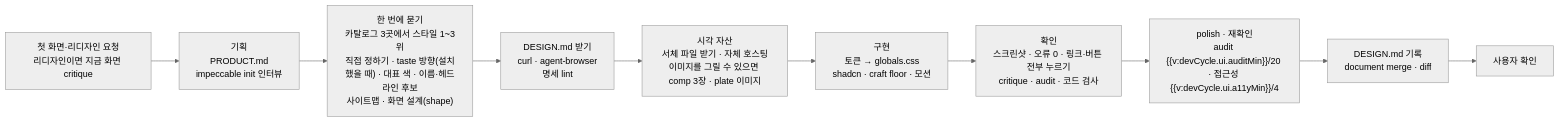
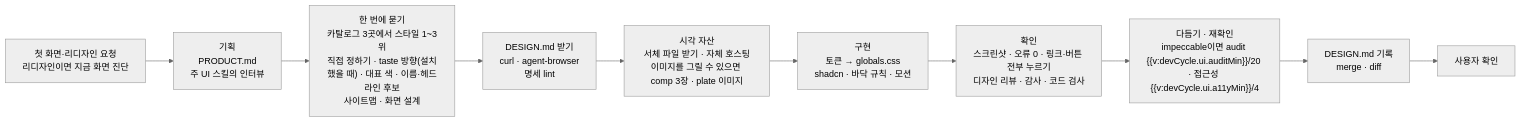
The diagram in docs/blocks/ui-flow-diagram.md (roadkwon-ai/pro-kit), drawn with Mermaid (neutral theme) before and after one commit. The commit also changed 129 other files, not shown here.

````diff
--- a/docs/blocks/ui-flow-diagram.md
+++ b/docs/blocks/ui-flow-diagram.md
@@ -2,12 +2,12 @@
 ```mermaid
 flowchart LR
-  R["첫 화면·리디자인 요청<br/>리디자인이면 지금 화면 critique"] --> I["기획<br/>PRODUCT.md<br/>impeccable init 인터뷰"]
-  I --> Q["한 번에 묻기<br/>카탈로그 3곳에서 스타일 1~3위<br/>직접 정하기 · taste 방향(설치했을 때) · 대표 색 · 이름·헤드라인 후보<br/>사이트맵 · 화면 설계(shape)"]
+  R["첫 화면·리디자인 요청<br/>리디자인이면 지금 화면 진단"] --> I["기획<br/>PRODUCT.md<br/>주 UI 스킬의 인터뷰"]
+  I --> Q["한 번에 묻기<br/>카탈로그 3곳에서 스타일 1~3위<br/>직접 정하기 · taste 방향(설치했을 때) · 대표 색 · 이름·헤드라인 후보<br/>사이트맵 · 화면 설계"]
   Q --> D["DESIGN.md 받기<br/>curl · agent-browser<br/>명세 lint"]
   D --> A["시각 자산<br/>서체 파일 받기 · 자체 호스팅<br/>이미지를 그릴 수 있으면 comp 3장 · plate 이미지"]
-  A --> C["구현<br/>토큰 → globals.css<br/>shadcn · craft floor · 모션"]
-  C --> V["확인<br/>스크린샷 · 오류 0 · 링크·버튼 전부 누르기<br/>critique · audit · 코드 검사"]
-  V --> P["polish · 재확인<br/>audit {{v:devCycle.ui.auditMin}}/20 · 접근성 {{v:devCycle.ui.a11yMin}}/4"]
-  P --> M["DESIGN.md 기록<br/>document merge · diff"]
+  A --> C["구현<br/>토큰 → globals.css<br/>shadcn · 바닥 규칙 · 모션"]
+  C --> V["확인<br/>스크린샷 · 오류 0 · 링크·버튼 전부 누르기<br/>디자인 리뷰 · 감사 · 코드 검사"]
+  V --> P["다듬기 · 재확인<br/>impeccable이면 audit {{v:devCycle.ui.auditMin}}/20 · 접근성 {{v:devCycle.ui.a11yMin}}/4"]
+  P --> M["DESIGN.md 기록<br/>merge · diff"]
   M --> U["사용자 확인"]
 ```
````
